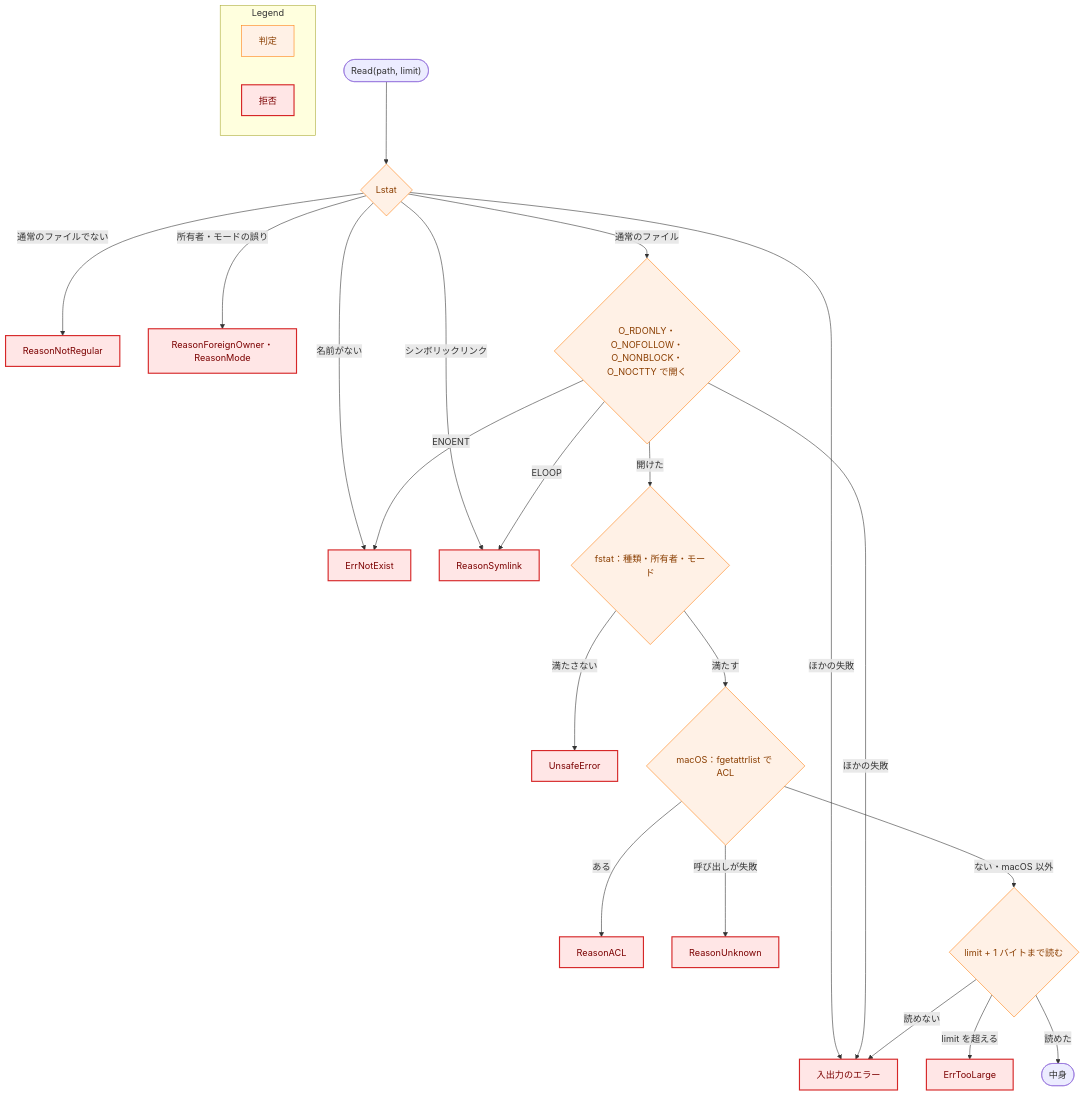
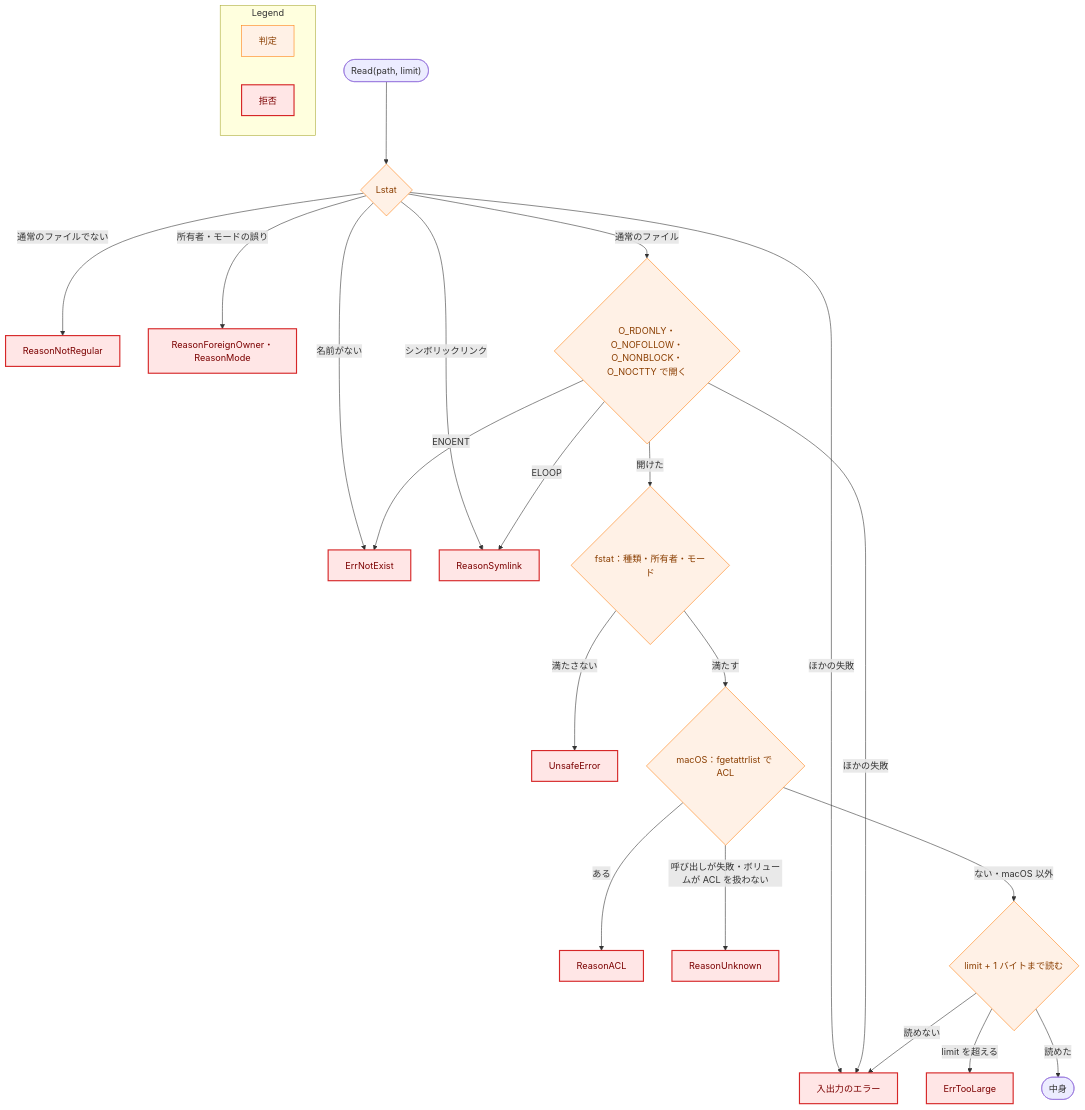
One commit to isseis/yt2column changed the sixth of 7 diagrams in docs/tasks/0066_server_config_file/02_architecture.md. Above: the diagram before and after it, drawn with Mermaid. The commit also changed other lines of this file and 1 other file, not shown here.

First line of the commit message:
docs(0066): reject the config file on a volume without ACL support

````diff
--- a/docs/tasks/0066_server_config_file/02_architecture.md
+++ b/docs/tasks/0066_server_config_file/02_architecture.md
@@ -705,35 +706,35 @@
 ```mermaid
 flowchart TD
     classDef process fill:#fff1e6,stroke:#ff7f0e,stroke-width:1px,color:#8a3e00;
     classDef problem fill:#ffe6e6,stroke:#d62728,stroke-width:2px,color:#7b0000;
 
     START(["Read(path, limit)"]) --> LST{"Lstat"}
     LST -->|"名前がない"| E_NE["ErrNotExist"]
     LST -->|"ほかの失敗"| E_IO
     LST -->|"シンボリックリンク"| E_SL["ReasonSymlink"]
     LST -->|"通常のファイルでない"| E_NR["ReasonNotRegular"]
     LST -->|"所有者・モードの誤り"| E_OM["ReasonForeignOwner・ReasonMode"]
     LST -->|"通常のファイル"| OPEN{"O_RDONLY・O_NOFOLLOW・O_NONBLOCK・O_NOCTTY で開く"}
     OPEN -->|"ELOOP"| E_SL
     OPEN -->|"ENOENT"| E_NE
     OPEN -->|"ほかの失敗"| E_IO["入出力のエラー"]
     OPEN -->|"開けた"| FST{"fstat：種類・所有者・モード"}
     FST -->|"満たさない"| E_FS["UnsafeError"]
     FST -->|"満たす"| ACL{"macOS：fgetattrlist で ACL"}
     ACL -->|"ある"| E_ACL["ReasonACL"]
-    ACL -->|"呼び出しが失敗"| E_UK["ReasonUnknown"]
+    ACL -->|"呼び出しが失敗・ボリュームが ACL を扱わない"| E_UK["ReasonUnknown"]
     ACL -->|"ない・macOS 以外"| RD{"limit + 1 バイトまで読む"}
     RD -->|"limit を超える"| E_TL["ErrTooLarge"]
     RD -->|"読めない"| E_IO
     RD -->|"読めた"| OK(["中身"])
 
     class LST,OPEN,FST,ACL,RD process
     class E_NE,E_SL,E_NR,E_OM,E_IO,E_FS,E_ACL,E_UK,E_TL problem
 
     subgraph Legend["Legend"]
         L1["判定"]
         L2["拒否"]
     end
     class L1 process
     class L2 problem
 ```
````
